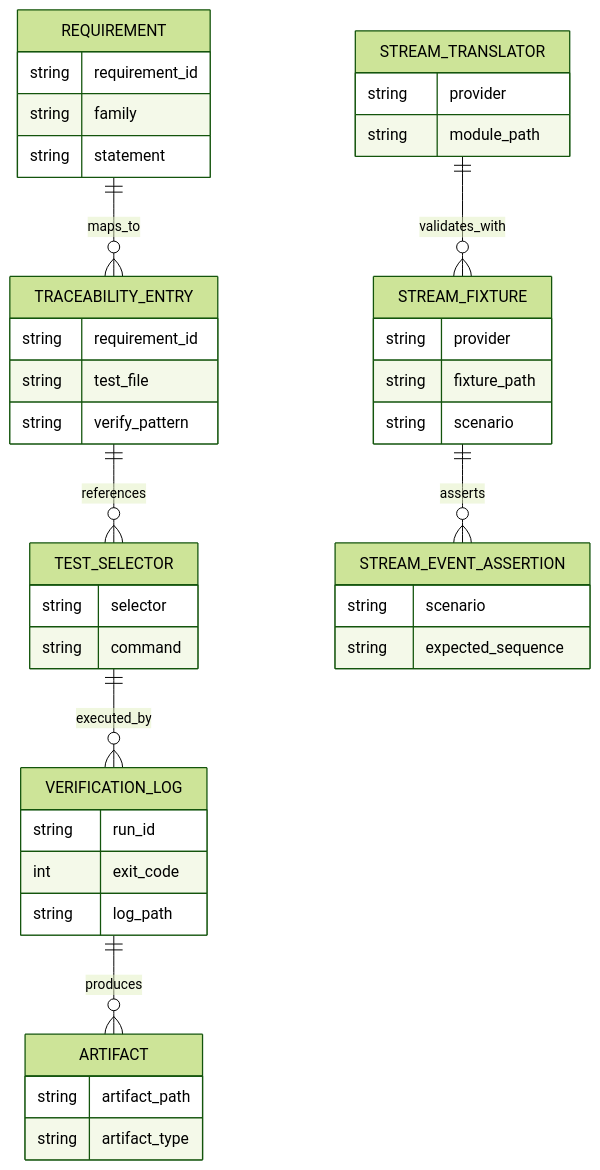
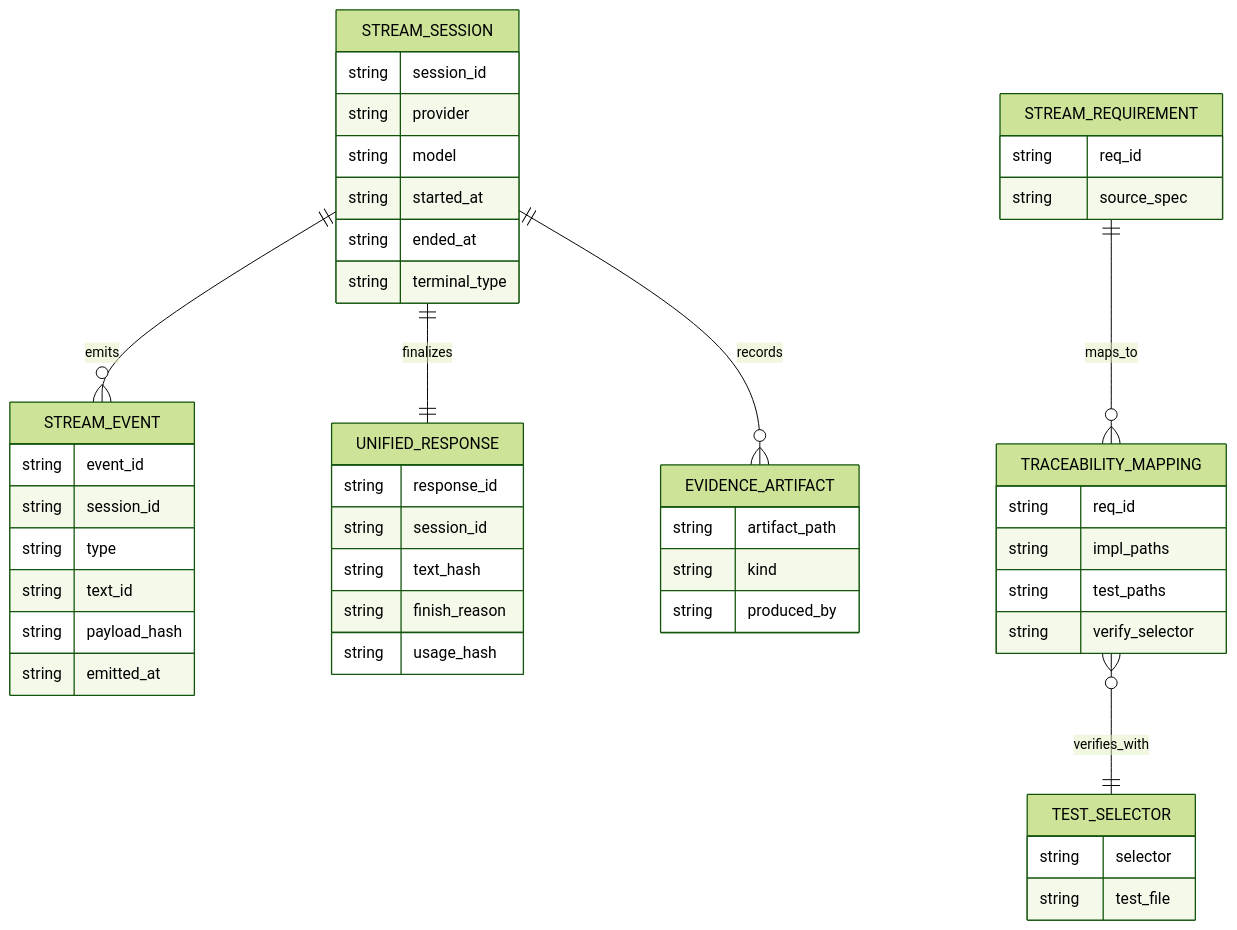
One commit to jaytaylor/attractor-tcl changed the second of 5 diagrams in docs/sprints/SPRINT-005-comprehensive-implementation-plan.md. Above: the diagram before and after it, drawn with Mermaid (forest theme). The commit also changed other lines of this file, not shown here.

````diff
--- a/docs/sprints/SPRINT-005-comprehensive-implementation-plan.md
+++ b/docs/sprints/SPRINT-005-comprehensive-implementation-plan.md
@@ -1834,46 +1009,57 @@
 ```mermaid
 erDiagram
-  REQUIREMENT ||--o{ TRACEABILITY_ENTRY : maps_to
-  TRACEABILITY_ENTRY ||--o{ TEST_SELECTOR : references
-  TEST_SELECTOR ||--o{ VERIFICATION_LOG : executed_by
-  VERIFICATION_LOG ||--o{ ARTIFACT : produces
-  STREAM_TRANSLATOR ||--o{ STREAM_FIXTURE : validates_with
-  STREAM_FIXTURE ||--o{ STREAM_EVENT_ASSERTION : asserts
+  STREAM_SESSION ||--o{ STREAM_EVENT : emits
+  STREAM_SESSION ||--|| UNIFIED_RESPONSE : finalizes
+  STREAM_SESSION ||--o{ EVIDENCE_ARTIFACT : records
+  STREAM_REQUIREMENT ||--o{ TRACEABILITY_MAPPING : maps_to
+  TRACEABILITY_MAPPING }o--|| TEST_SELECTOR : verifies_with
 
-  REQUIREMENT {
-    string requirement_id
-    string family
-    string statement
+  STREAM_SESSION {
+    string session_id
+    string provider
+    string model
+    string started_at
+    string ended_at
+    string terminal_type
   }
-  TRACEABILITY_ENTRY {
-    string requirement_id
-    string test_file
-    string verify_pattern
+
+  STREAM_EVENT {
+    string event_id
+    string session_id
+    string type
+    string text_id
+    string payload_hash
+    string emitted_at
   }
+
+  UNIFIED_RESPONSE {
+    string response_id
+    string session_id
+    string text_hash
+    string finish_reason
+    string usage_hash
+  }
+
+  STREAM_REQUIREMENT {
+    string req_id
+    string source_spec
+  }
+
+  TRACEABILITY_MAPPING {
+    string req_id
+    string impl_paths
+    string test_paths
+    string verify_selector
+  }
+
   TEST_SELECTOR {
     string selector
-    string command
+    string test_file
   }
-  VERIFICATION_LOG {
-    string run_id
-    int exit_code
-    string log_path
-  }
-  ARTIFACT {
+
+  EVIDENCE_ARTIFACT {
     string artifact_path
-    string artifact_type
-  }
-  STREAM_TRANSLATOR {
-    string provider
-    string module_path
-  }
-  STREAM_FIXTURE {
-    string provider
-    string fixture_path
-    string scenario
-  }
-  STREAM_EVENT_ASSERTION {
-    string scenario
-    string expected_sequence
+    string kind
+    string produced_by
   }
 ```
````
